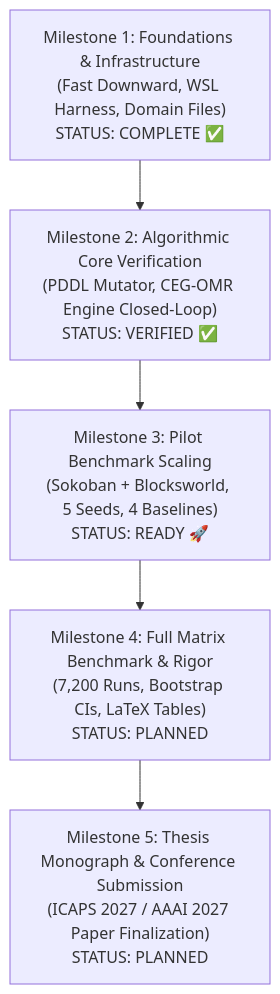
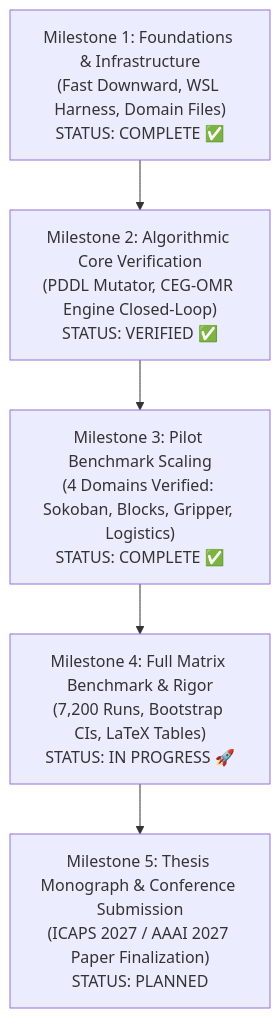
One commit to minhphuc477/symbolic-action-model-verification changed the fifth of 5 diagrams in docs/thesis_proposal_and_system_architecture.md. Above: the diagram before and after it, drawn with Mermaid. The commit also changed other lines of this file and 3 other files, not shown here.

````diff
--- a/docs/thesis_proposal_and_system_architecture.md
+++ b/docs/thesis_proposal_and_system_architecture.md
@@ -328,8 +352,8 @@
 ```mermaid
 flowchart TD
     M1["Milestone 1: Foundations & Infrastructure<br/>(Fast Downward, WSL Harness, Domain Files)<br/>STATUS: COMPLETE ✅"] --> M2
     M2["Milestone 2: Algorithmic Core Verification<br/>(PDDL Mutator, CEG-OMR Engine Closed-Loop)<br/>STATUS: VERIFIED ✅"] --> M3
-    M3["Milestone 3: Pilot Benchmark Scaling<br/>(Sokoban + Blocksworld, 5 Seeds, 4 Baselines)<br/>STATUS: READY 🚀"] --> M4
-    M4["Milestone 4: Full Matrix Benchmark & Rigor<br/>(7,200 Runs, Bootstrap CIs, LaTeX Tables)<br/>STATUS: PLANNED"] --> M5
+    M3["Milestone 3: Pilot Benchmark Scaling<br/>(4 Domains Verified: Sokoban, Blocks, Gripper, Logistics)<br/>STATUS: COMPLETE ✅"] --> M4
+    M4["Milestone 4: Full Matrix Benchmark & Rigor<br/>(7,200 Runs, Bootstrap CIs, LaTeX Tables)<br/>STATUS: IN PROGRESS 🚀"] --> M5
     M5["Milestone 5: Thesis Monograph & Conference Submission<br/>(ICAPS 2027 / AAAI 2027 Paper Finalization)<br/>STATUS: PLANNED"]
 ```
````
